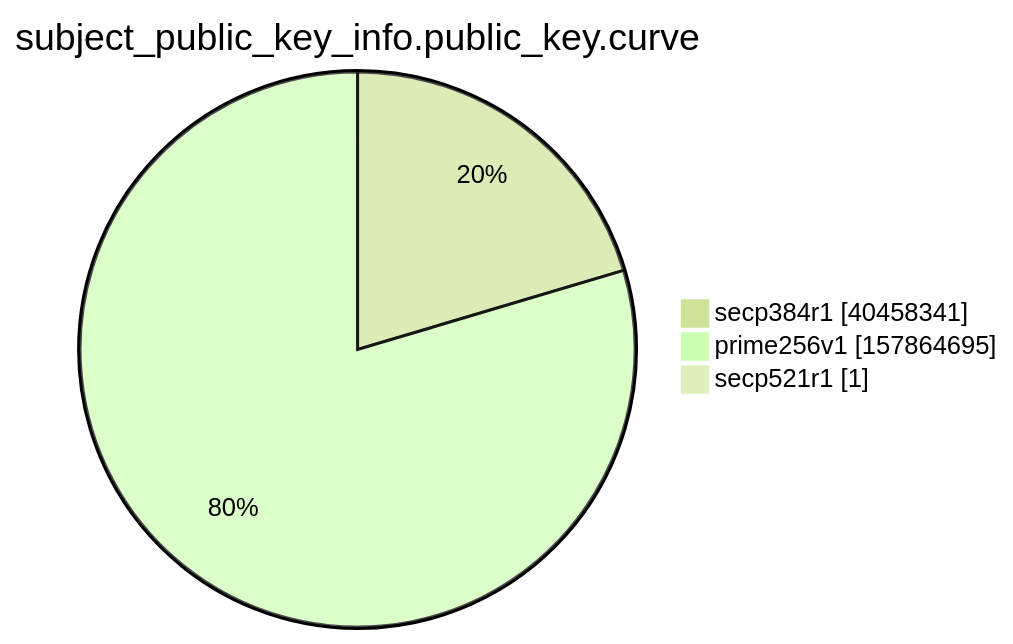
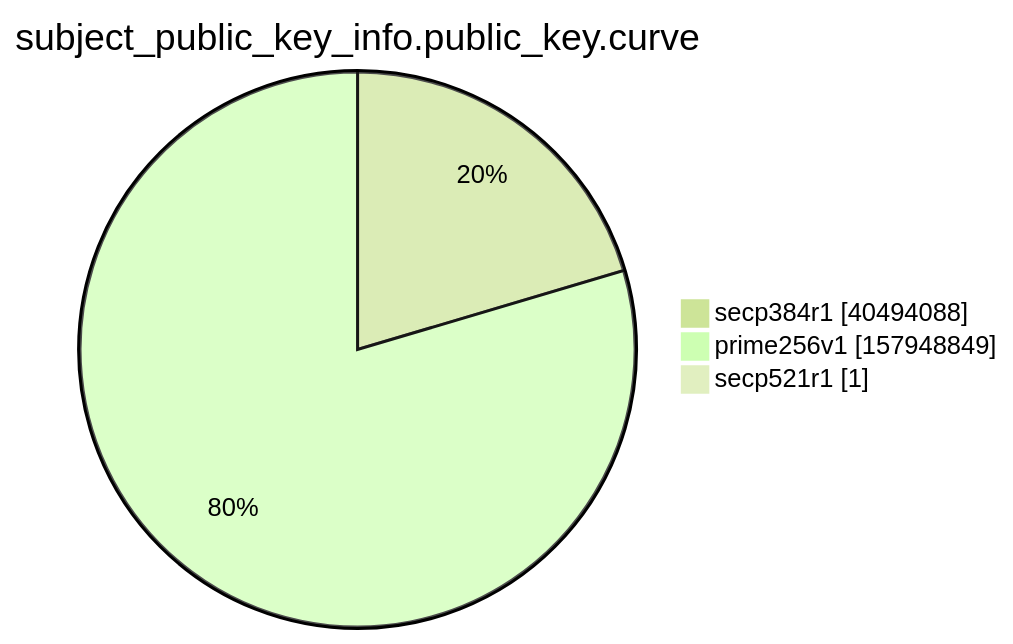
Before and after one commit to christiankrug/ctmonitor_visualization: the ninth of 15 diagrams in xenon2022/README.md, drawn with Mermaid (forest theme). The commit also changed other lines of this file, not shown here.

````diff
--- a/xenon2022/README.md
+++ b/xenon2022/README.md
@@ -2866,7 +2866,7 @@
 ```mermaid
 pie showData
 title subject_public_key_info.public_key.curve
-"secp384r1" :40458341
-"prime256v1" :157864695
+"secp384r1" :40494088
+"prime256v1" :157948849
 "secp521r1" :1
 ```
````
